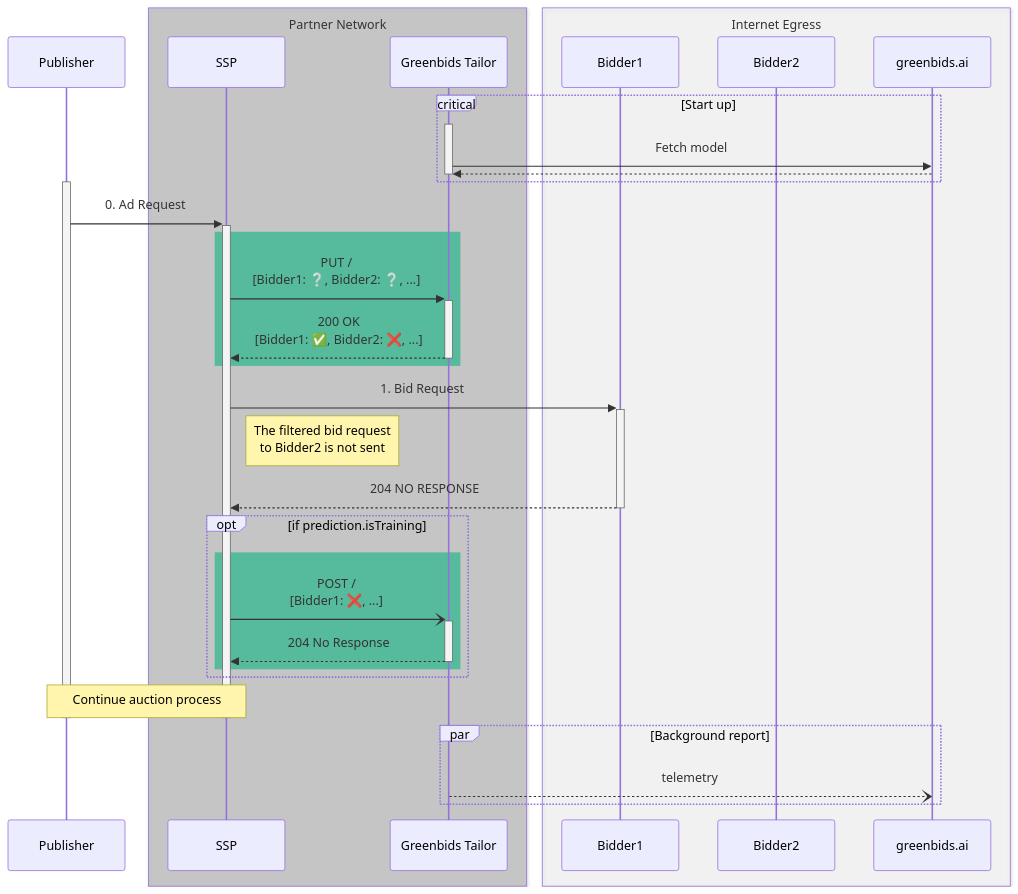
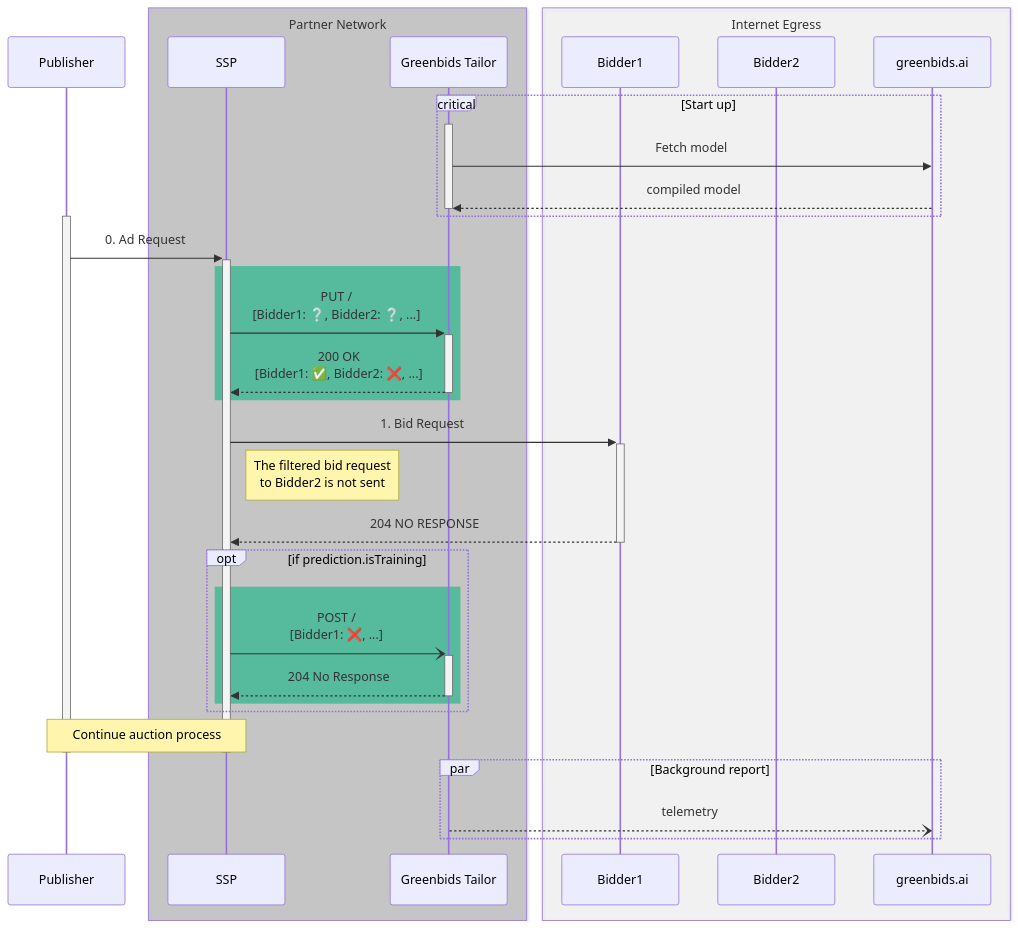
The diagram in README.md (greenbids/greenbids-tailor-external), drawn with Mermaid before and after one commit.

Commit message:
fix(readme): sequence diagram rendering

````diff
--- a/README.md
+++ b/README.md
@@ -77,47 +77,47 @@
 ```mermaid
 sequenceDiagram
     participant Publisher
     box rgba(128, 128, 128, 0.33) Partner Network
         participant SSP
         participant GB as Greenbids Tailor
     end
     box rgba(255, 255, 255, 0.3) Internet Egress
         participant Bidder1
         participant Bidder2
         participant greenbids.ai
     end
 
     critical Start up
         activate GB
         GB ->> greenbids.ai: Fetch model
-        greenbids.ai -->> GB:
+        greenbids.ai -->> GB: compiled model
         deactivate GB
     end
 
     activate Publisher
     Publisher ->>+ SSP: 0. Ad Request
 
     rect rgba(30, 183, 136, 0.66)
     SSP ->>+ GB: PUT /<br/>[Bidder1: ❔, Bidder2: ❔, ...]
     GB -->>- SSP: 200 OK<br/>[Bidder1: ✅, Bidder2: ❌, ...]
     end
 
 
     SSP ->>+ Bidder1 : 1. Bid Request
     note right of SSP: The filtered bid request<br/>to Bidder2 is not sent
     Bidder1 -->>- SSP: 204 NO RESPONSE
 
     opt if prediction.isTraining
         rect rgba(30, 183, 136, 0.66)
             SSP -)+ GB: POST /<br/>[Bidder1: ❌, ...]
             GB -->>- SSP: 204 No Response
         end
     end
 
     note over Publisher,SSP: Continue auction process
     deactivate SSP
     deactivate Publisher
     par Background report
         GB --) greenbids.ai: telemetry
     end
 ```
````
